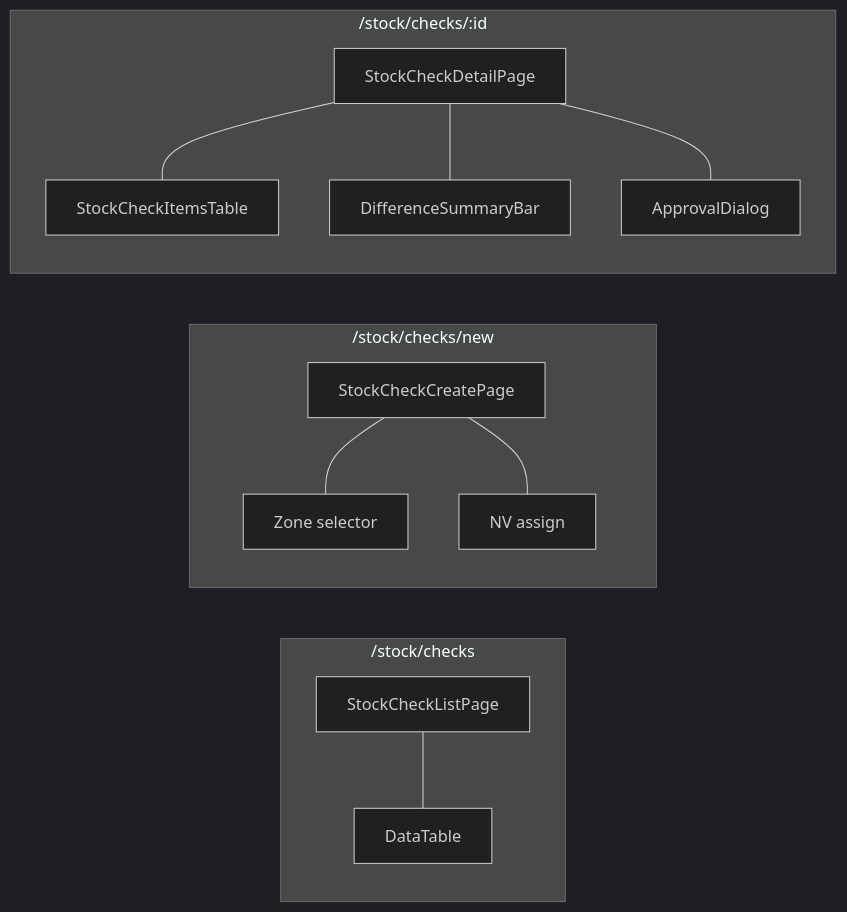
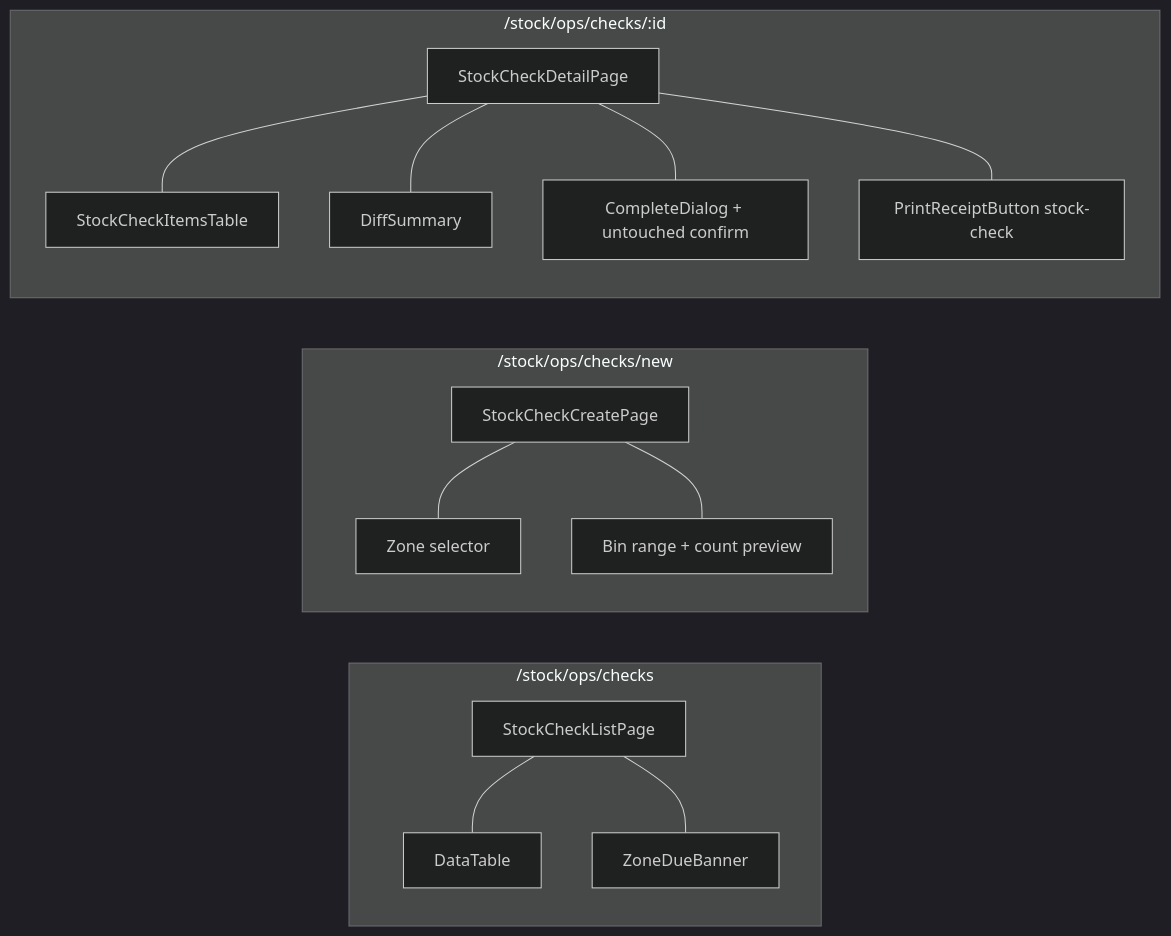
One commit to Java-Inventory-Management-System/Projects changed the second of 2 diagrams in docs/flows/stock-check-flow.md. Above: the diagram before and after it, drawn with Mermaid (dark theme). The commit also changed other lines of this file and 16 other files, not shown here.

````diff
--- a/docs/flows/stock-check-flow.md
+++ b/docs/flows/stock-check-flow.md
@@ -115,15 +96,17 @@
 ```mermaid
 flowchart LR
-    subgraph "/stock/checks"
+    subgraph "/stock/ops/checks"
         CL[StockCheckListPage] --- DT[DataTable]
+        CL --- ZB[ZoneDueBanner]
     end
-    subgraph "/stock/checks/new"
+    subgraph "/stock/ops/checks/new"
         CC[StockCheckCreatePage] --- ZONE[Zone selector]
-        CC --- NV[NV assign]
+        CC --- BIN[Bin range + count preview]
     end
-    subgraph "/stock/checks/:id"
+    subgraph "/stock/ops/checks/:id"
         CD[StockCheckDetailPage] --- SCIT[StockCheckItemsTable]
-        CD --- SUM[DifferenceSummaryBar]
-        CD --- AP[ApprovalDialog]
+        CD --- SUM[DiffSummary]
+        CD --- COMP[CompleteDialog + untouched confirm]
+        CD --- PRINT[PrintReceiptButton stock-check]
     end
 ```
````
